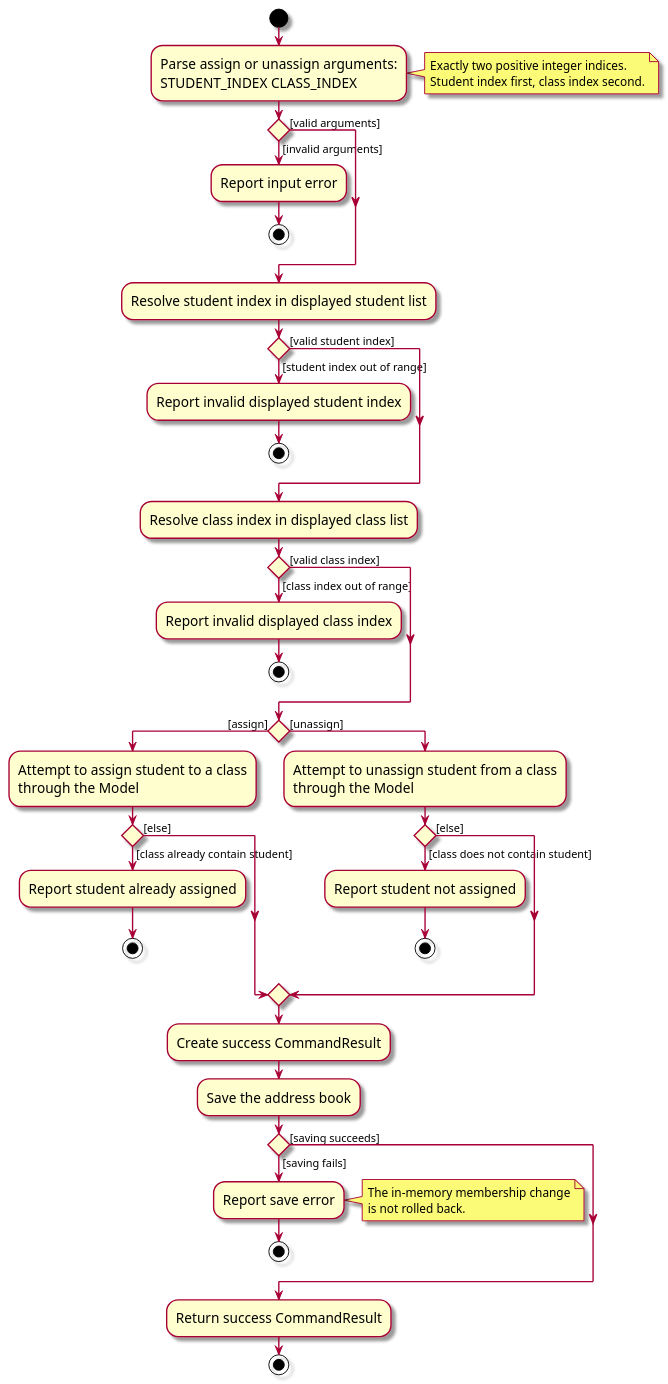
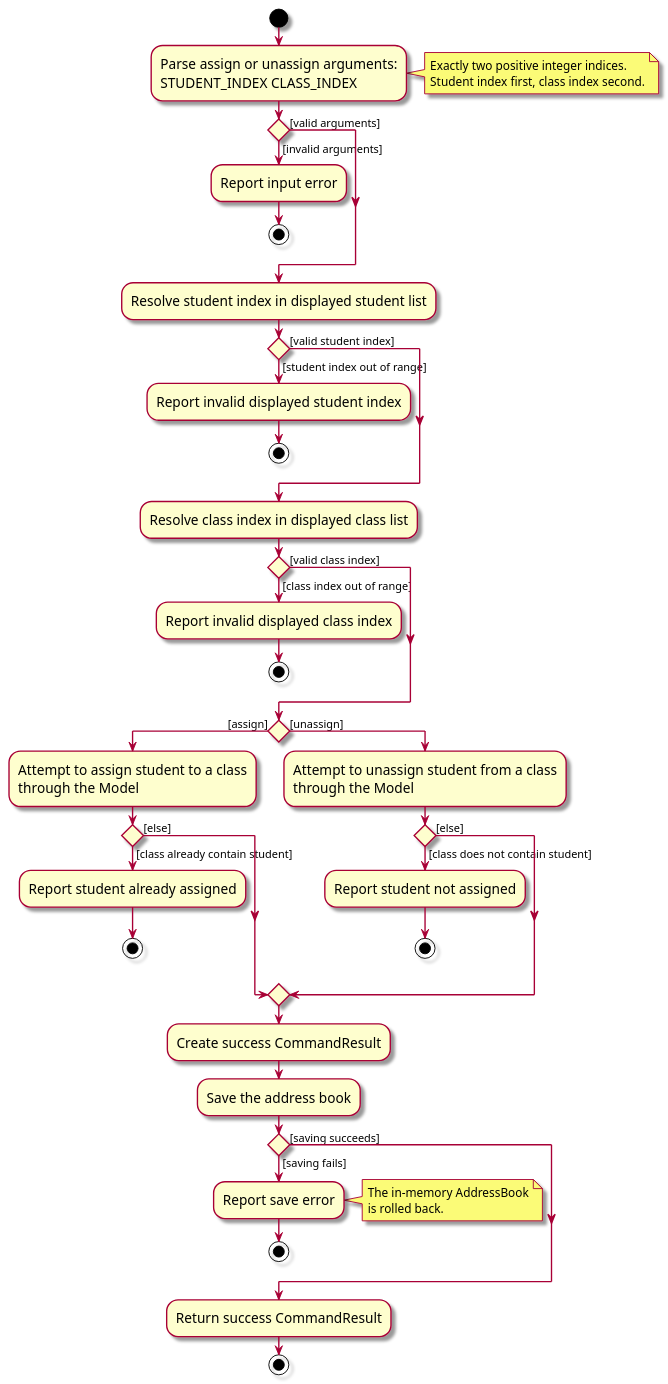
Before and after one commit to AY2627S1-CS2103-F10-2/tp: the diagram in diagrams/AssignUnassignActivityDiagram.puml, drawn with PlantUML. The commit also changed 25 other files, not shown here.

```diff
--- a/diagrams/AssignUnassignActivityDiagram.puml
+++ b/diagrams/AssignUnassignActivityDiagram.puml
@@ -1,66 +1,66 @@
 @startuml
 skin rose
 skinparam ActivityFontSize 15
 skinparam ArrowFontSize 12
 
 start
 :Parse assign or unassign arguments:
 STUDENT_INDEX CLASS_INDEX;
 note right
 Exactly two positive integer indices.
 Student index first, class index second.
 end note
 
 ' Guards are on the outgoing branches, matching CommitActivityDiagram.puml.
 if () then ([invalid arguments])
     :Report input error;
     stop
 else ([valid arguments])
 endif
 
 :Resolve student index in displayed student list;
 if () then ([student index out of range])
     :Report invalid displayed student index;
     stop
 else ([valid student index])
 endif
 :Resolve class index in displayed class list;
 if () then ([class index out of range])
     :Report invalid displayed class index;
     stop
 else ([valid class index])
 endif
 
 if () then ([assign])
     :Attempt to assign student to a class
     through the Model;
     if () then ([class already contain student])
         :Report student already assigned;
         stop
     else ([else])
     endif
 else ([unassign])
     :Attempt to unassign student from a class
     through the Model;
     if () then ([class does not contain student])
         :Report student not assigned;
         stop
     else ([else])
     endif
 endif
 
 :Create success CommandResult;
 :Save the address book;
 if () then ([saving fails])
     :Report save error;
     note right
-    The in-memory membership change
-    is not rolled back.
+    The in-memory AddressBook
+    is rolled back.
     end note
     stop
 else ([saving succeeds])
 endif
 
 :Return success CommandResult;
 stop
 @enduml
```
